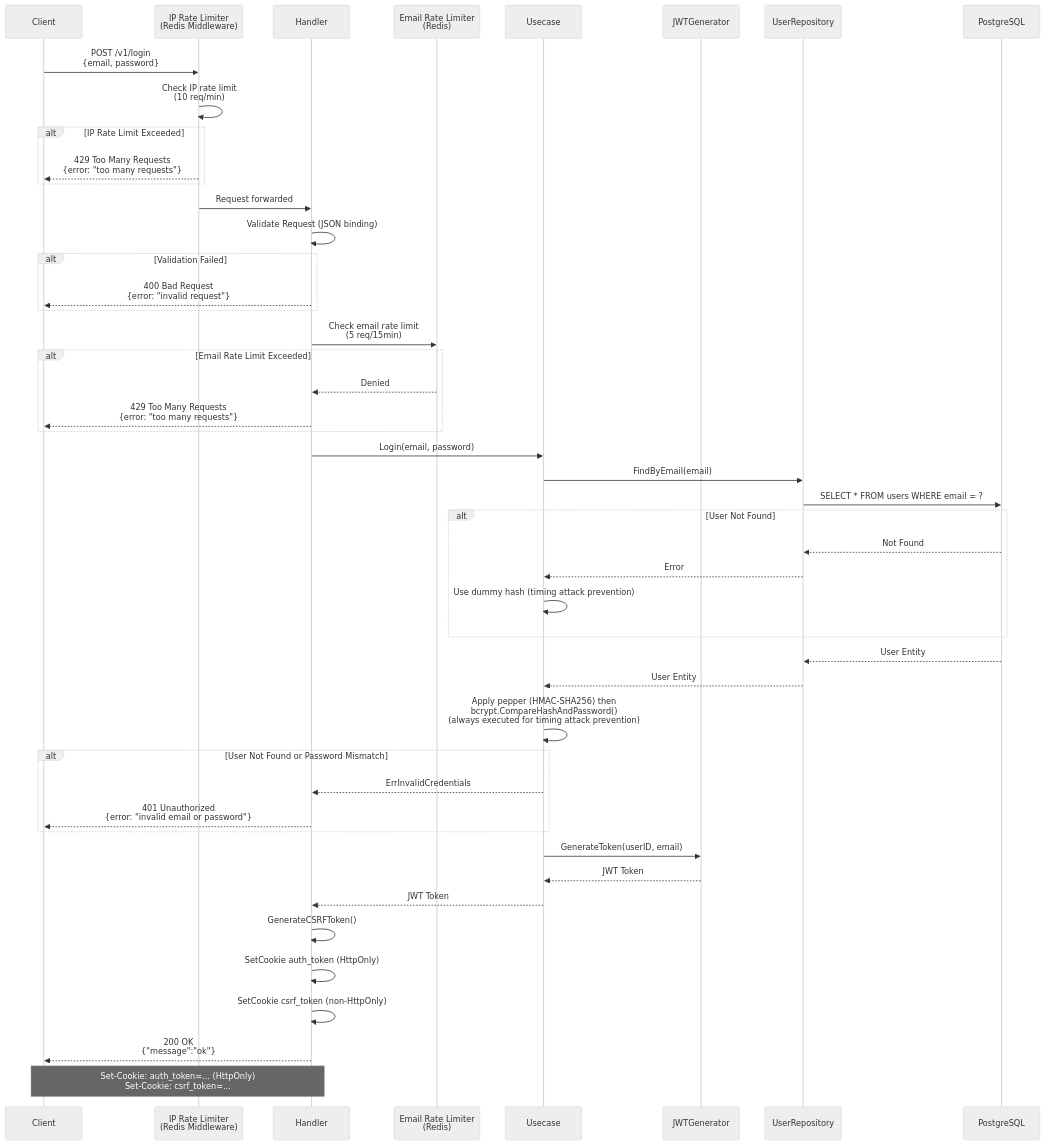
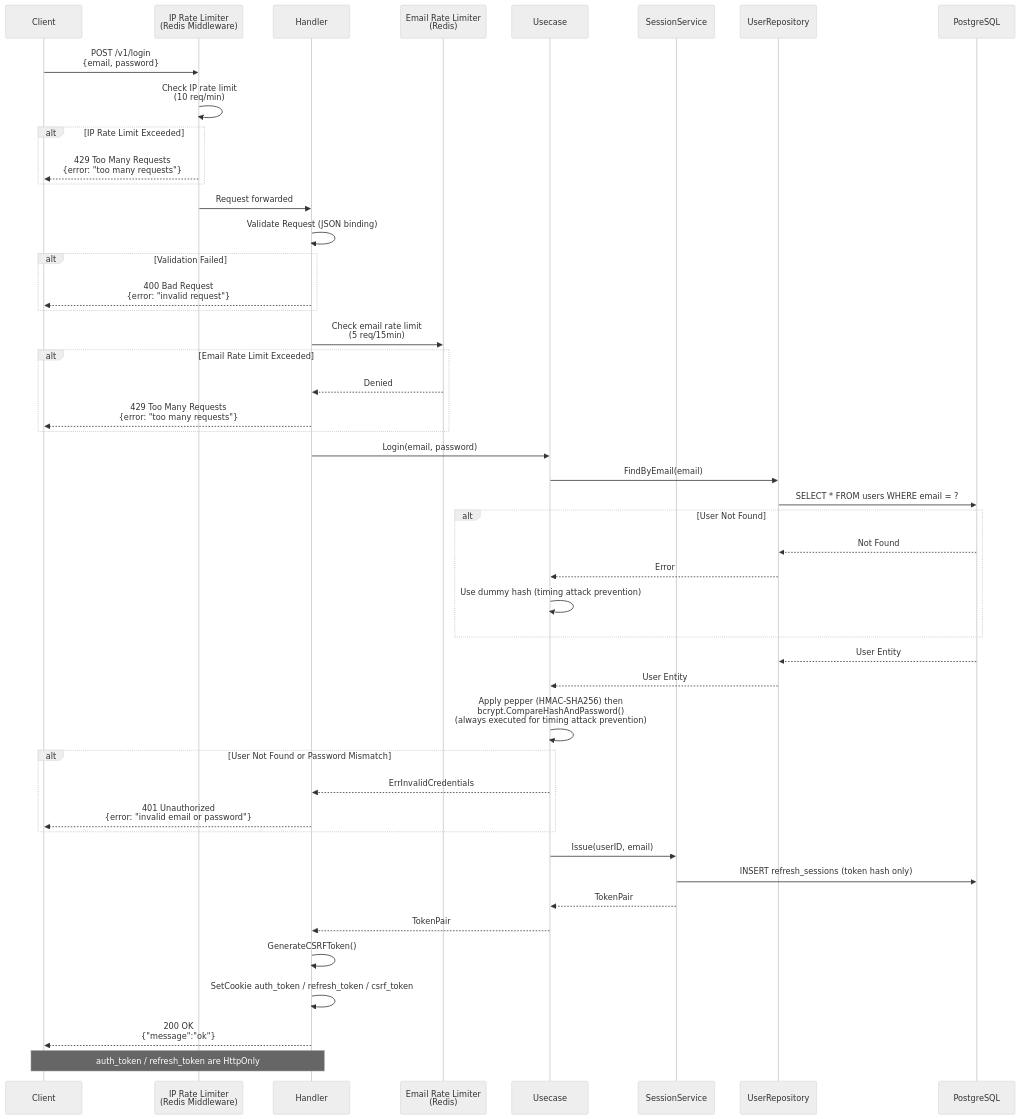
One commit to UCHIDAnobuhiro/stock-backend changed the second of 7 diagrams in docs/features/auth.md. Above: the diagram before and after it, drawn with Mermaid (neutral theme). The commit also changed other lines of this file and 47 other files, not shown here.

````diff
--- a/docs/features/auth.md
+++ b/docs/features/auth.md
@@ -64,60 +65,60 @@
 ```mermaid
 sequenceDiagram
     participant Client
     participant RateLimit as IP Rate Limiter<br/>(Redis Middleware)
     participant Handler as Handler
     participant Limiter as Email Rate Limiter<br/>(Redis)
     participant Usecase as Usecase
-    participant JWTGenerator as JWTGenerator
+    participant Session as SessionService
     participant Repository as UserRepository
     participant DB as PostgreSQL
 
     Client->>RateLimit: POST /v1/login<br/>{email, password}
     RateLimit->>RateLimit: Check IP rate limit<br/>(10 req/min)
 
     alt IP Rate Limit Exceeded
         RateLimit-->>Client: 429 Too Many Requests<br/>{error: "too many requests"}
     end
 
     RateLimit->>Handler: Request forwarded
     Handler->>Handler: Validate Request (JSON binding)
 
     alt Validation Failed
         Handler-->>Client: 400 Bad Request<br/>{error: "invalid request"}
     end
 
     Handler->>Limiter: Check email rate limit<br/>(5 req/15min)
 
     alt Email Rate Limit Exceeded
         Limiter-->>Handler: Denied
         Handler-->>Client: 429 Too Many Requests<br/>{error: "too many requests"}
     end
 
     Handler->>Usecase: Login(email, password)
     Usecase->>Repository: FindByEmail(email)
     Repository->>DB: SELECT * FROM users WHERE email = ?
 
     alt User Not Found
         DB-->>Repository: Not Found
         Repository-->>Usecase: Error
         Usecase->>Usecase: Use dummy hash (timing attack prevention)
     end
 
     DB-->>Repository: User Entity
     Repository-->>Usecase: User Entity
     Usecase->>Usecase: Apply pepper (HMAC-SHA256) then<br/>bcrypt.CompareHashAndPassword()<br/>(always executed for timing attack prevention)
 
     alt User Not Found or Password Mismatch
         Usecase-->>Handler: ErrInvalidCredentials
         Handler-->>Client: 401 Unauthorized<br/>{error: "invalid email or password"}
     end
 
-    Usecase->>JWTGenerator: GenerateToken(userID, email)
-    JWTGenerator-->>Usecase: JWT Token
-    Usecase-->>Handler: JWT Token
+    Usecase->>Session: Issue(userID, email)
+    Session->>DB: INSERT refresh_sessions (token hash only)
+    Session-->>Usecase: TokenPair
+    Usecase-->>Handler: TokenPair
     Handler->>Handler: GenerateCSRFToken()
-    Handler->>Handler: SetCookie auth_token (HttpOnly)
-    Handler->>Handler: SetCookie csrf_token (non-HttpOnly)
+    Handler->>Handler: SetCookie auth_token / refresh_token / csrf_token
     Handler-->>Client: 200 OK<br/>{"message":"ok"}
-    Note over Handler,Client: Set-Cookie: auth_token=... (HttpOnly)<br/>Set-Cookie: csrf_token=...
+    Note over Handler,Client: auth_token / refresh_token are HttpOnly
 ```
````
